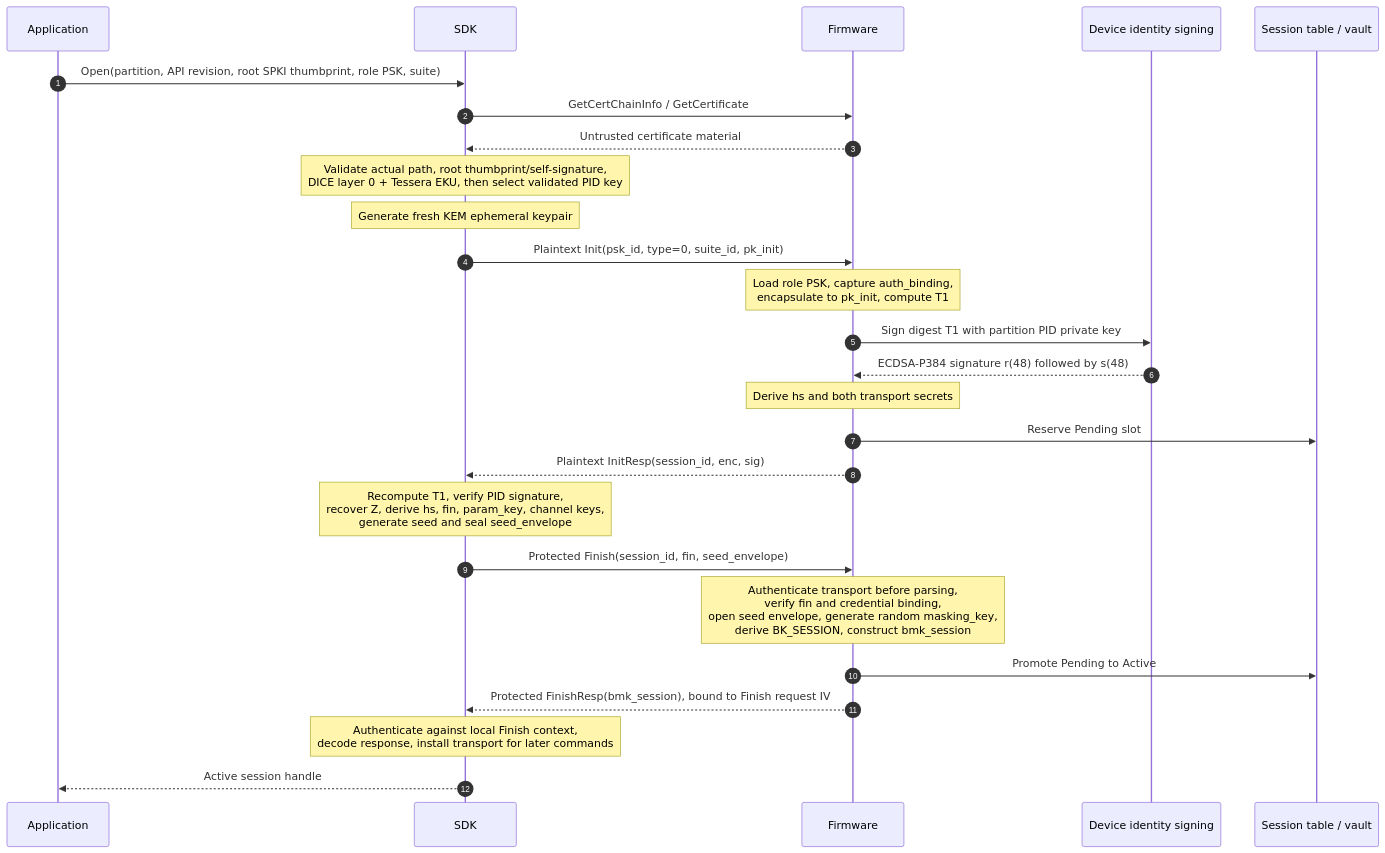
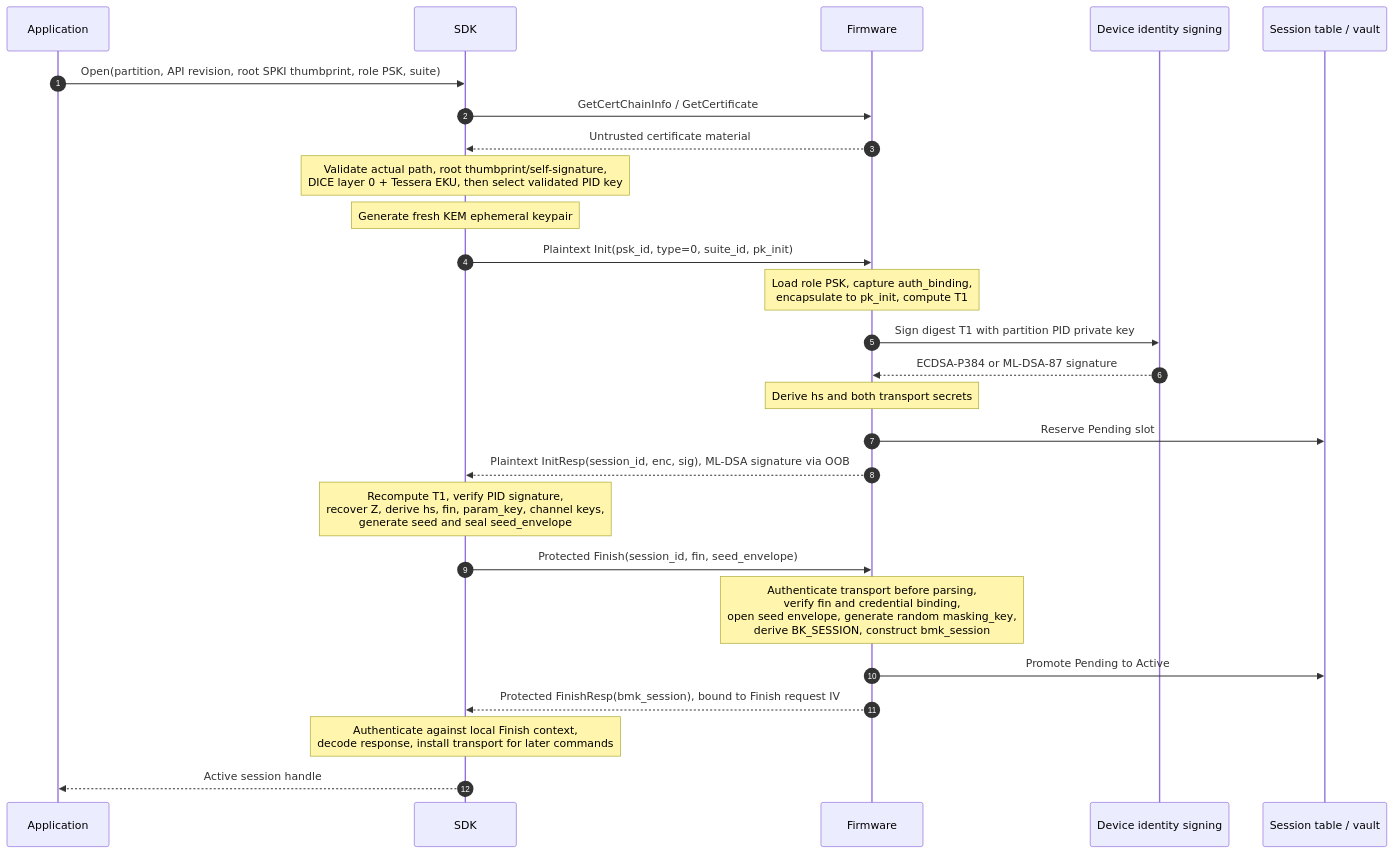
One commit to TesseraHSM/tessera-sw changed the fifth of 7 diagrams in docs/tbor-ddi/session-design.md. Above: the diagram before and after it, drawn with Mermaid. The commit also changed other lines of this file and 287 other files, not shown here.

````diff
--- a/docs/tbor-ddi/session-design.md
+++ b/docs/tbor-ddi/session-design.md
@@ -811,29 +864,29 @@
 ```mermaid
 sequenceDiagram
     autonumber
     participant A as Application
     participant S as SDK
     participant F as Firmware
     participant I as Device identity signing
     participant V as Session table / vault
 
     A->>S: Open(partition, API revision, root SPKI thumbprint, role PSK, suite)
     S->>F: GetCertChainInfo / GetCertificate
     F-->>S: Untrusted certificate material
     Note over S: Validate actual path, root thumbprint/self-signature,<br/>DICE layer 0 + Tessera EKU, then select validated PID key
     Note over S: Generate fresh KEM ephemeral keypair
     S->>F: Plaintext Init(psk_id, type=0, suite_id, pk_init)
     Note over F: Load role PSK, capture auth_binding,<br/>encapsulate to pk_init, compute T1
     F->>I: Sign digest T1 with partition PID private key
-    I-->>F: ECDSA-P384 signature r(48) followed by s(48)
+    I-->>F: ECDSA-P384 or ML-DSA-87 signature
     Note over F: Derive hs and both transport secrets
     F->>V: Reserve Pending slot
-    F-->>S: Plaintext InitResp(session_id, enc, sig)
+    F-->>S: Plaintext InitResp(session_id, enc, sig), ML-DSA signature via OOB
     Note over S: Recompute T1, verify PID signature,<br/>recover Z, derive hs, fin, param_key, channel keys,<br/>generate seed and seal seed_envelope
     S->>F: Protected Finish(session_id, fin, seed_envelope)
     Note over F: Authenticate transport before parsing,<br/>verify fin and credential binding,<br/>open seed envelope, generate random masking_key,<br/>derive BK_SESSION, construct bmk_session
     F->>V: Promote Pending to Active
     F-->>S: Protected FinishResp(bmk_session), bound to Finish request IV
     Note over S: Authenticate against local Finish context,<br/>decode response, install transport for later commands
     S-->>A: Active session handle
 ```
````
